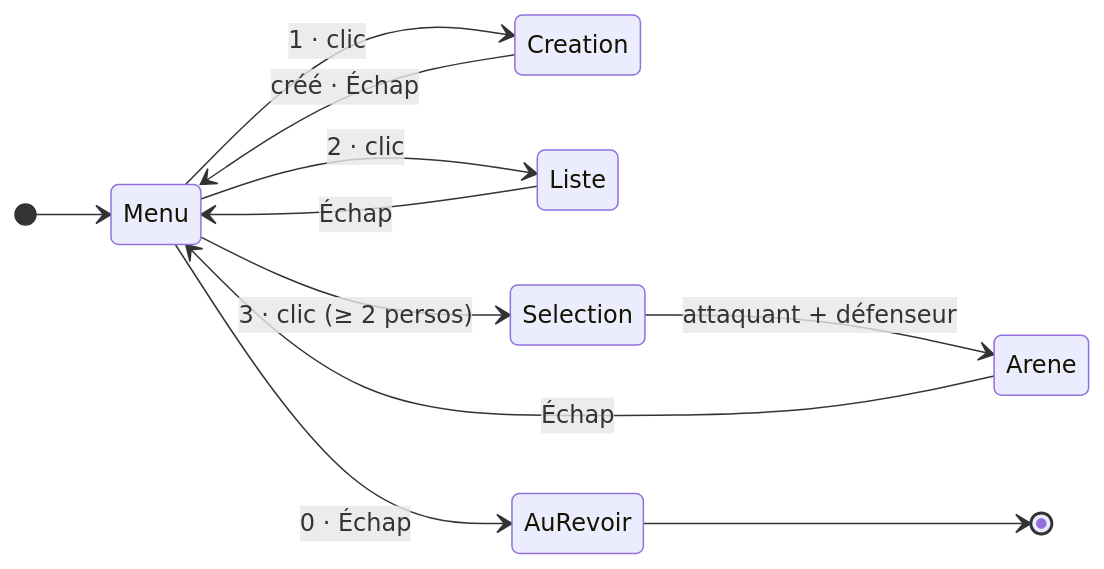
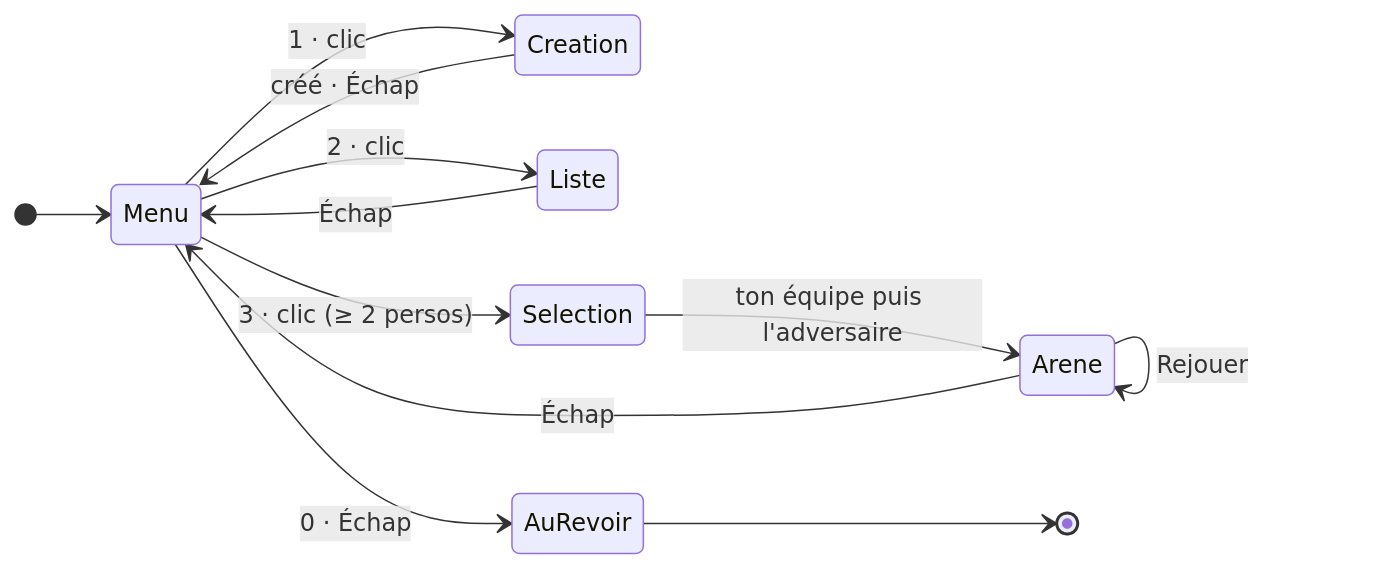
The second of 9 diagrams in README.md (Vylllixis/RedStrings), drawn with Mermaid before and after one commit. The commit also changed other lines of this file, not shown here.

Commit message:
📝 docs(readme): combat en équipe, soin, nouveau format de sauvegarde

````diff
--- a/README.md
+++ b/README.md
@@ -229,14 +234,15 @@
 ```mermaid
 stateDiagram-v2
     direction LR
     [*] --> Menu
     Menu --> Creation: 1 · clic
     Menu --> Liste: 2 · clic
     Menu --> Selection: 3 · clic (≥ 2 persos)
-    Selection --> Arene: attaquant + défenseur
+    Selection --> Arene: ton équipe puis l'adversaire
+    Arene --> Arene: Rejouer
     Arene --> Menu: Échap
     Creation --> Menu: créé · Échap
     Liste --> Menu: Échap
     Menu --> AuRevoir: 0 · Échap
     AuRevoir --> [*]
 ```
````
